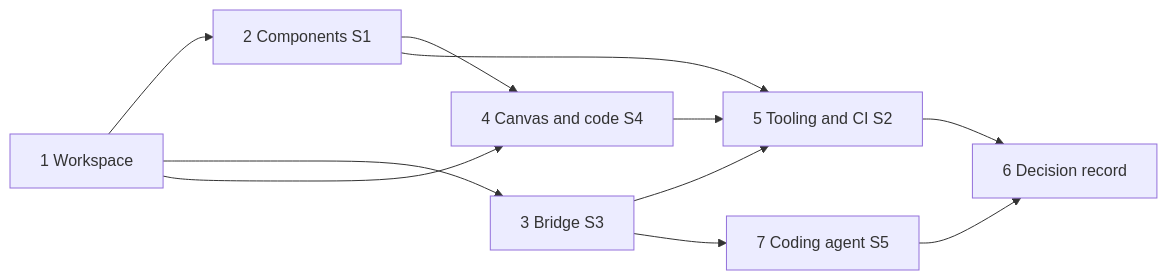
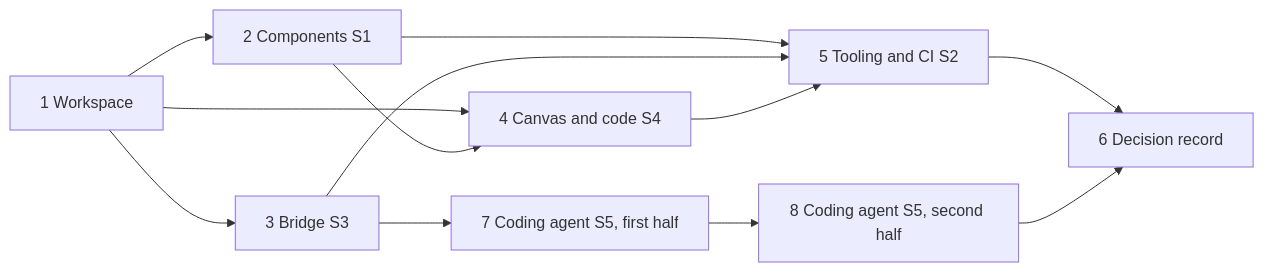
One commit to DhananjayaR/agent-kernel changed the diagram in docs/specs/950-agent-kernel-studio/P0-plan.md. Above: the diagram before and after it, drawn with Mermaid. The commit also changed other lines of this file and 6 other files, not shown here.

Commit message:
docs: coding agent uses the user's own signed-in Claude Code, no stored key, for #950

````diff
--- a/docs/specs/950-agent-kernel-studio/P0-plan.md
+++ b/docs/specs/950-agent-kernel-studio/P0-plan.md
@@ -1196,11 +1254,11 @@
 ```mermaid
 flowchart LR
   T1[1 Workspace] --> T2[2 Components S1]
   T1 --> T3[3 Bridge S3]
   T1 --> T4[4 Canvas and code S4]
   T2 --> T4
   T2 --> T5[5 Tooling and CI S2]
   T3 --> T5
   T4 --> T5 --> T6[6 Decision record]
-  T3 --> T7[7 Coding agent S5] --> T6
+  T3 --> T7[7 Coding agent S5, first half] --> T8[8 Coding agent S5, second half] --> T6
 ```
````
